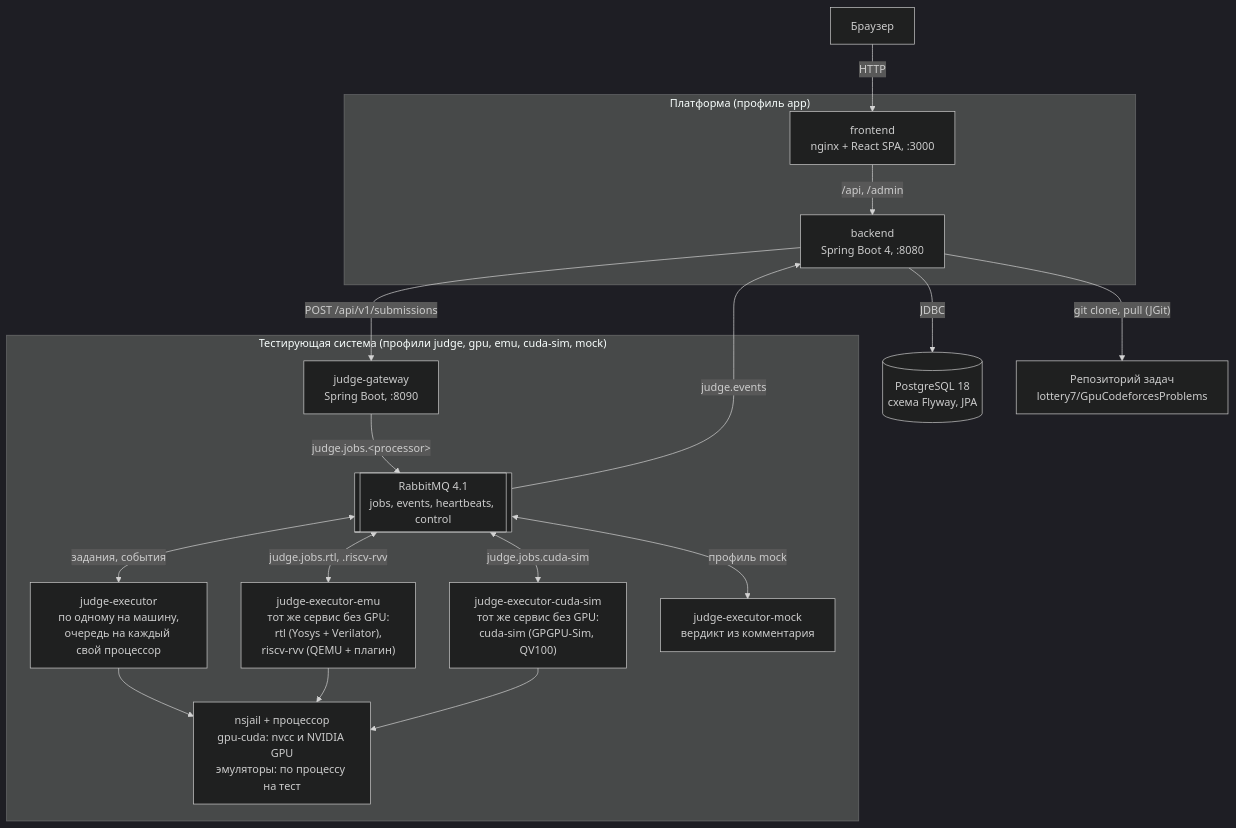
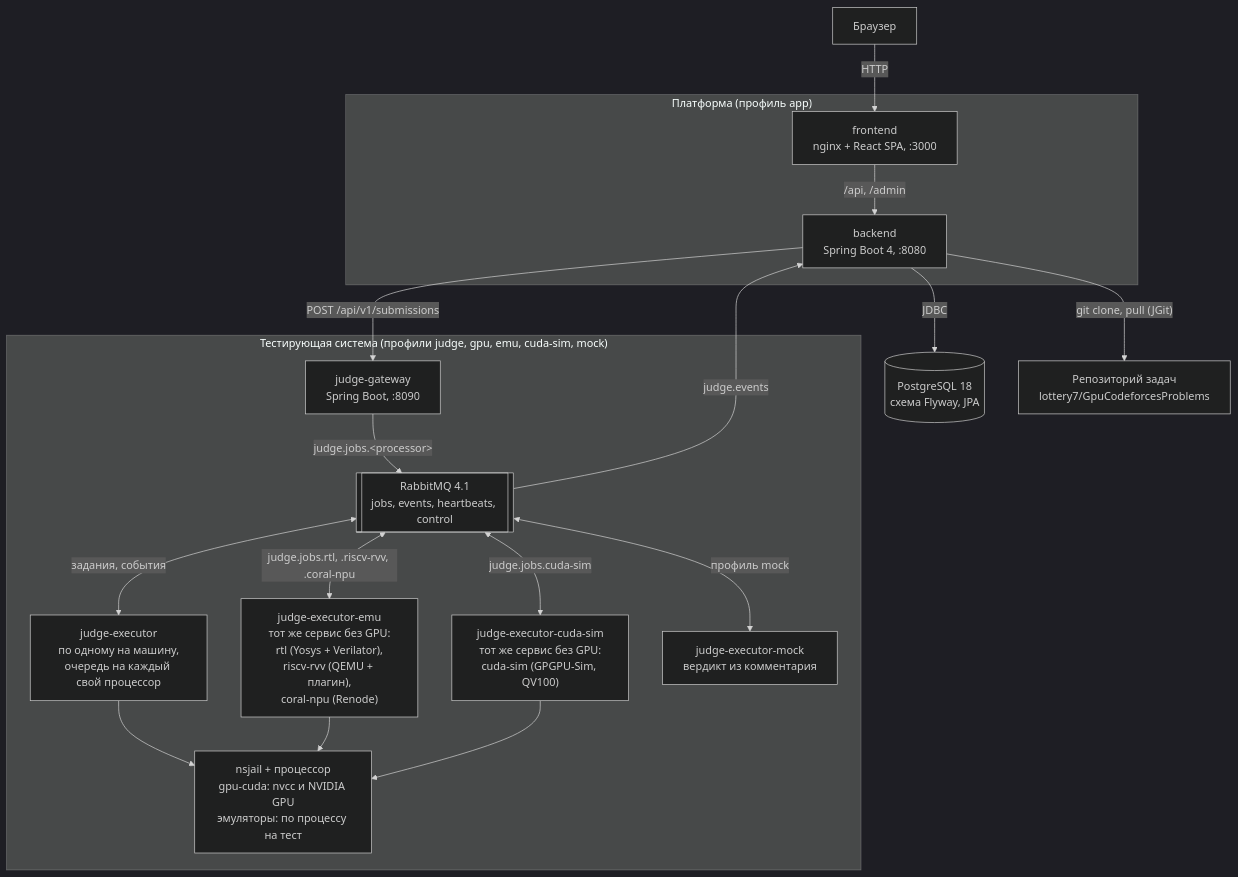
One commit to lottery7/GpuCodeforces changed the first of 9 diagrams in docs/architecture.md. Above: the diagram before and after it, drawn with Mermaid (dark theme). The commit also changed other lines of this file and 44 other files, not shown here.

````diff
--- a/docs/architecture.md
+++ b/docs/architecture.md
@@ -11,33 +11,33 @@
 ```mermaid
 flowchart TB
   browser["Браузер"]
   subgraph platform["Платформа (профиль app)"]
     frontend["frontend<br/>nginx + React SPA, :3000"]
     backend["backend<br/>Spring Boot 4, :8080"]
   end
   postgres[("PostgreSQL 18<br/>схема Flyway, JPA")]
   repo["Репозиторий задач<br/>lottery7/GpuCodeforcesProblems"]
   subgraph judge["Тестирующая система (профили judge, gpu, emu, cuda-sim, mock)"]
     gateway["judge-gateway<br/>Spring Boot, :8090"]
     rabbit[["RabbitMQ 4.1<br/>jobs, events, heartbeats, control"]]
     executor["judge-executor<br/>по одному на машину,<br/>очередь на каждый свой процессор"]
-    emu["judge-executor-emu<br/>тот же сервис без GPU:<br/>rtl (Yosys + Verilator),<br/>riscv-rvv (QEMU + плагин)"]
+    emu["judge-executor-emu<br/>тот же сервис без GPU:<br/>rtl (Yosys + Verilator),<br/>riscv-rvv (QEMU + плагин),<br/>coral-npu (Renode)"]
     cudasim["judge-executor-cuda-sim<br/>тот же сервис без GPU:<br/>cuda-sim (GPGPU-Sim, QV100)"]
     mock["judge-executor-mock<br/>вердикт из комментария"]
     sandbox["nsjail + процессор<br/>gpu-cuda: nvcc и NVIDIA GPU<br/>эмуляторы: по процессу на тест"]
   end
   browser -->|HTTP| frontend
   frontend -->|"/api, /admin"| backend
   backend -->|JDBC| postgres
   backend -->|"git clone, pull (JGit)"| repo
   backend -->|"POST /api/v1/submissions"| gateway
   gateway -->|"judge.jobs.&lt;processor&gt;"| rabbit
   rabbit -->|judge.events| backend
   rabbit <-->|"задания, события"| executor
-  rabbit <-->|"judge.jobs.rtl, .riscv-rvv"| emu
+  rabbit <-->|"judge.jobs.rtl, .riscv-rvv, .coral-npu"| emu
   rabbit <-->|"judge.jobs.cuda-sim"| cudasim
   rabbit <-->|"профиль mock"| mock
   executor --> sandbox
   emu --> sandbox
   cudasim --> sandbox
 ```
````
